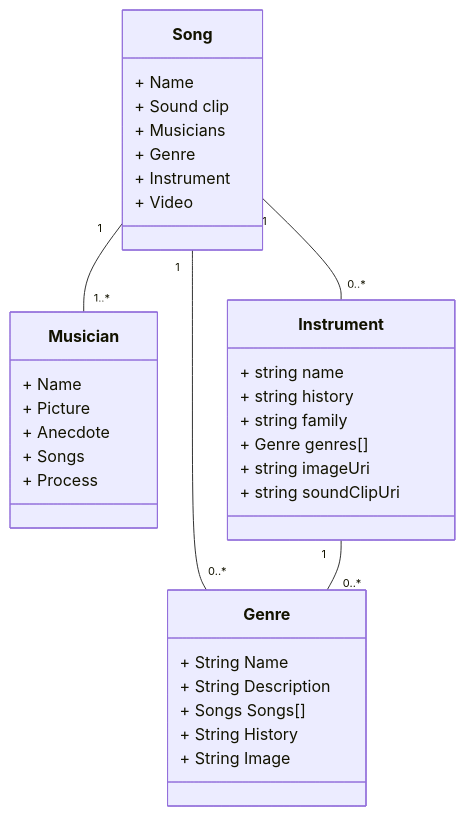
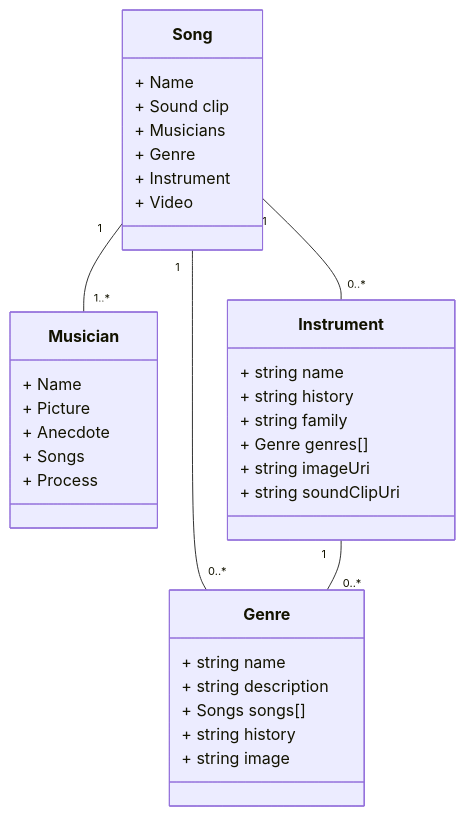
The diagram in README.md (travis-kuenzi/Mongo-Driven-Website-Term-Project), drawn with Mermaid before and after one commit.

````diff
--- a/README.md
+++ b/README.md
@@ -11,45 +11,45 @@
 ```mermaid
 classDiagram 
     class Genre {
-      + String Name
-      + String Description
-      + Songs Songs[]
-      + String History
-      + String Image
+      + string name
+      + string description
+      + Songs songs[]
+      + string history
+      + string image
     }
 
     class Musician {
       + Name
       + Picture
       + Anecdote
       + Songs
       + Process
     }
 
     class Instrument {
       + string name
       + string history
       + string family
       + Genre genres[]
       + string imageUri
       + string soundClipUri
     }
 
     class Song {
       + Name
       + Sound clip
       + Musicians
       + Genre
       + Instrument
       + Video
     }
 
 
     %%Links between entities - don't worry too much about details
 
     Song "1" -- "0..*" Genre
     Song "1" -- "1..*" Musician
     Song "1" -- "0..*" Instrument
 
     Instrument "1" -- "0..*" Genre
 ```
````
